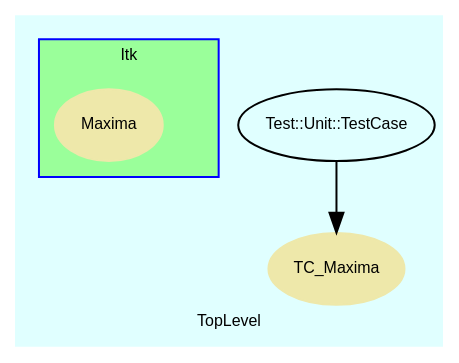
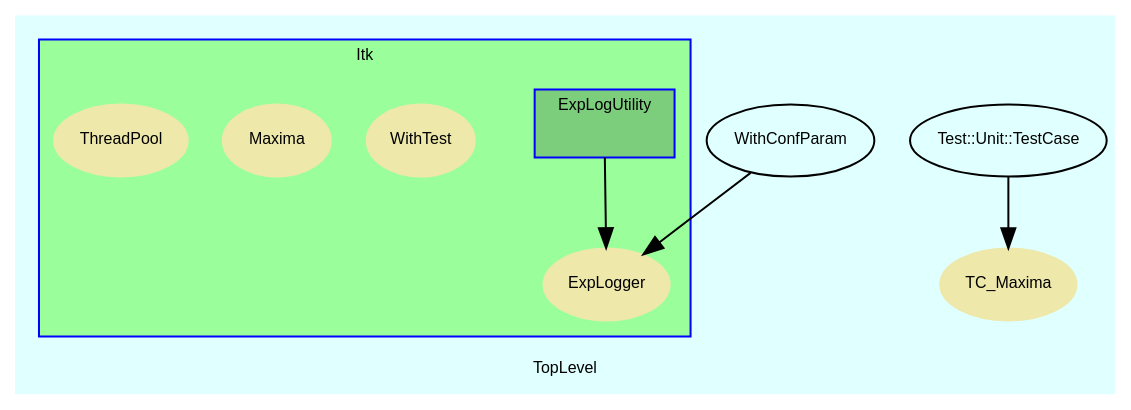
One commit to noda50/RubyItk changed the diagram in doc/dot/f_3.dot. Above: the diagram before and after it, drawn with Graphviz. The commit also changed 92 other files, not shown here.

Commit message:
add ExpLogger as a lib

```diff
--- a/doc/dot/f_3.dot
+++ b/doc/dot/f_3.dot
@@ -1,56 +1,112 @@
 digraph TopLevel {
+    fontsize = 8
     compound = true
-    fontsize = 8
+    label = "TopLevel"
     fontname = Arial
-    label = "TopLevel"
     bgcolor = lightcyan1
     node [
-        color = black,
         fontsize = 8,
-        fontname = Arial
+        fontname = Arial,
+        color = black
+    ]
+
+    Itk__ExpLogUtility -> Itk__ExpLogger [
+        ltail = cluster_Itk__ExpLogUtility
+    ]
+
+    WithConfParam [
+        URL = "classes/WithConfParam.html",
+        label = "WithConfParam"
+    ]
+
+    WithConfParam -> Itk__ExpLogger [
+
     ]
 
     subgraph cluster_Itk {
+        label = "Itk"
+        URL = "classes/Itk.html"
+        style = filled
+        fontname = Arial
         color = blue
         fillcolor = palegreen1
-        fontname = Arial
-        style = filled
-        label = "Itk"
-        URL = "classes/Itk.html"
         Itk [
             shape = plaintext,
             height = 0.01,
             width = 0.01,
             label = ""
         ]
 
-        Itk__Maxima [
-            color = palegoldenrod,
+        Itk__WithTest [
             shape = ellipse,
             fontcolor = black,
+            URL = "classes/Itk/WithTest.html",
             style = filled,
+            color = palegoldenrod,
+            label = "WithTest"
+        ]
+
+        Itk__ExpLogger [
+            shape = ellipse,
+            fontcolor = black,
+            URL = "classes/Itk/ExpLogger.html",
+            style = filled,
+            color = palegoldenrod,
+            label = "ExpLogger"
+        ]
+
+        Itk__Maxima [
+            shape = ellipse,
+            fontcolor = black,
             URL = "classes/Itk/Maxima.html",
+            style = filled,
+            color = palegoldenrod,
             label = "Maxima"
         ]
+
+        Itk__ThreadPool [
+            shape = ellipse,
+            fontcolor = black,
+            URL = "classes/Itk/ThreadPool.html",
+            style = filled,
+            color = palegoldenrod,
+            label = "ThreadPool"
+        ]
+
+        subgraph cluster_Itk__ExpLogUtility {
+            label = "ExpLogUtility"
+            URL = "classes/Itk/ExpLogUtility.html"
+            style = filled
+            fontname = Arial
+            color = blue
+            fillcolor = palegreen3
+            Itk__ExpLogUtility [
+                shape = plaintext,
+                height = 0.01,
+                width = 0.75,
+                label = ""
+            ]
+
+        }
 
     }
 
     TC_Maxima [
-        color = palegoldenrod,
         shape = ellipse,
         fontcolor = black,
+        URL = "classes/TC_Maxima.html",
         style = filled,
-        URL = "classes/TC_Maxima.html",
+        color = palegoldenrod,
         label = "TC_Maxima"
     ]
 
     Test__Unit__TestCase [
         URL = "classes/Test/Unit/TestCase.html",
         label = "Test::Unit::TestCase"
     ]
 
     Test__Unit__TestCase -> TC_Maxima [
 
     ]
 
 }
```
